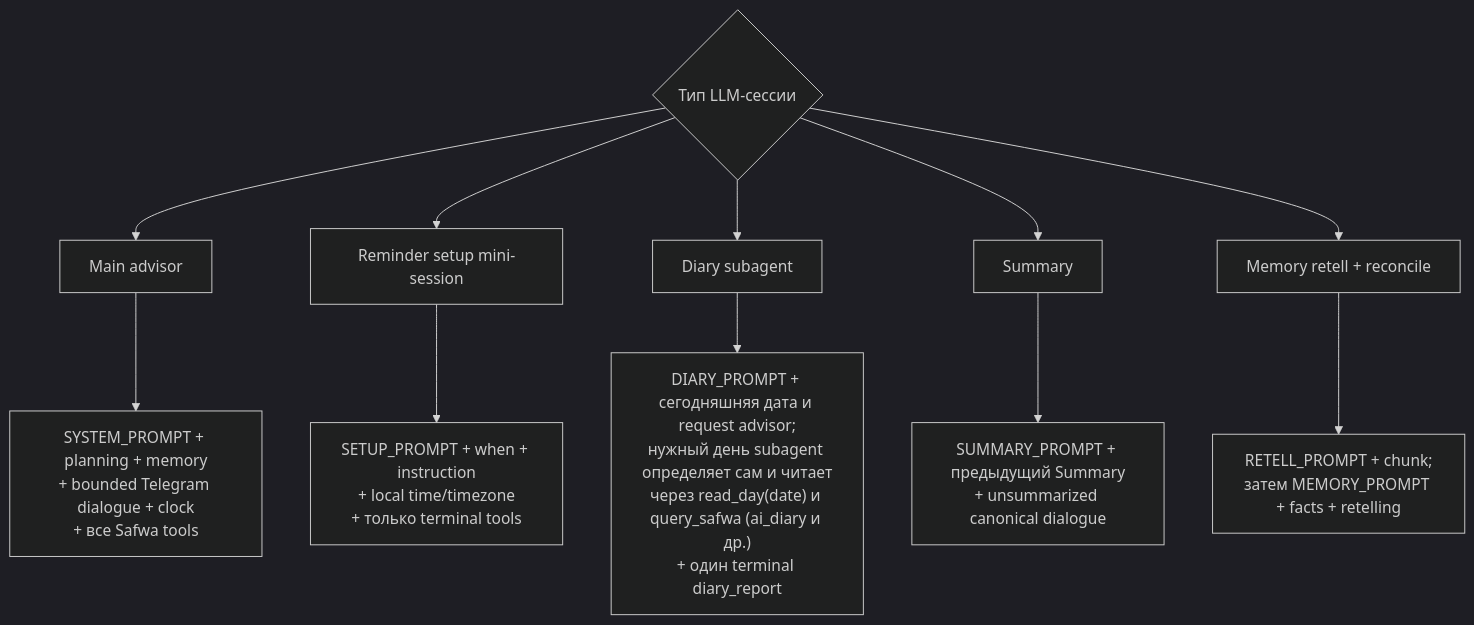
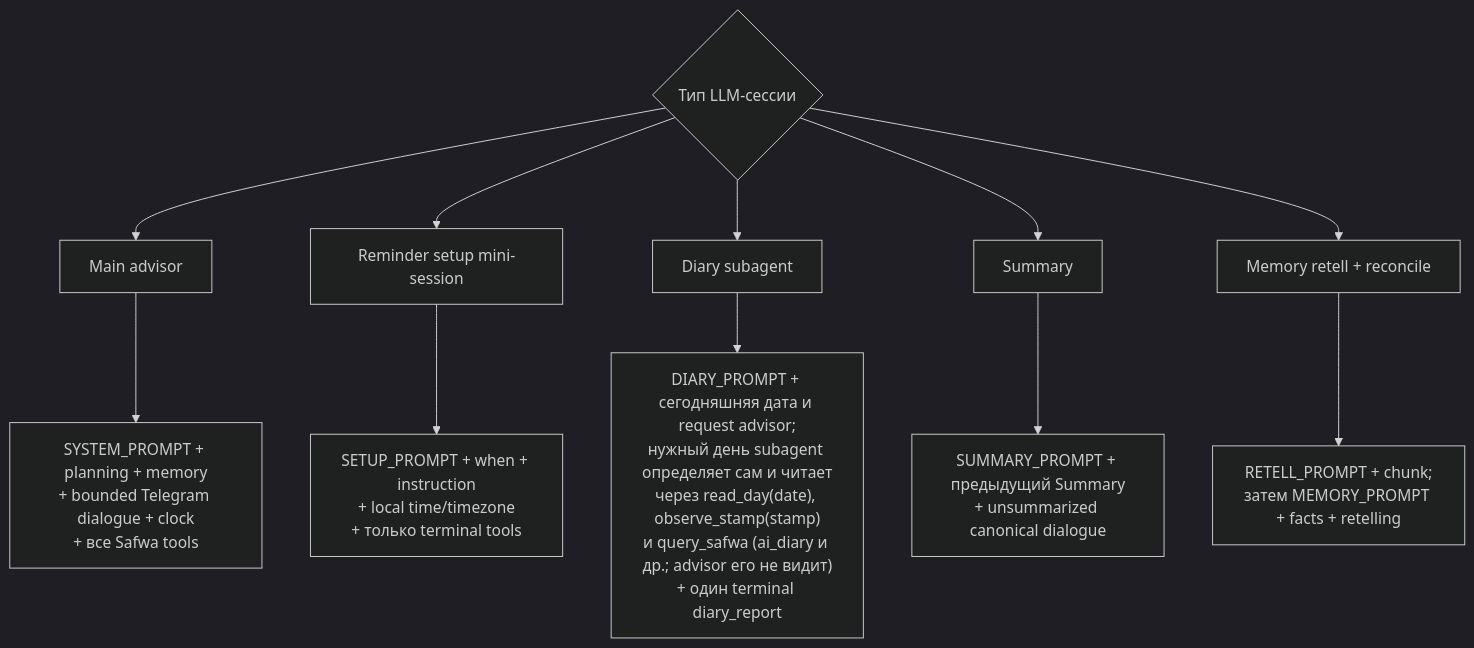
Before and after one commit to myvaheed/tg-ai-safwa: the second of 2 diagrams in docs/diagrams/03-session-contexts.md, drawn with Mermaid (dark theme). The commit also changed 24 other files, not shown here.

````diff
--- a/docs/diagrams/03-session-contexts.md
+++ b/docs/diagrams/03-session-contexts.md
@@ -31,15 +31,15 @@
 ```mermaid
 flowchart TD
     E{"Тип LLM-сессии"}
     E --> MAIN["Main advisor"]
     E --> SETUP["Reminder setup mini-session"]
     E --> SUB["Diary subagent"]
     E --> SUM["Summary"]
     E --> RETELL["Memory retell + reconcile"]
 
     MAIN --> MC["SYSTEM_PROMPT + planning + memory<br/>+ bounded Telegram dialogue + clock<br/>+ все Safwa tools"]
     SETUP --> SC["SETUP_PROMPT + when + instruction<br/>+ local time/timezone<br/>+ только terminal tools"]
-    SUB --> SBC["DIARY_PROMPT + сегодняшняя дата и request advisor;<br/>нужный день subagent определяет сам и читает<br/>через read_day(date) и query_safwa (ai_diary и др.)<br/>+ один terminal diary_report"]
+    SUB --> SBC["DIARY_PROMPT + сегодняшняя дата и request advisor;<br/>нужный день subagent определяет сам и читает<br/>через read_day(date), observe_stamp(stamp)<br/>и query_safwa (ai_diary и др.; advisor его не видит)<br/>+ один terminal diary_report"]
     SUM --> SUC["SUMMARY_PROMPT + предыдущий Summary<br/>+ unsummarized canonical dialogue"]
     RETELL --> MEC["RETELL_PROMPT + chunk;<br/>затем MEMORY_PROMPT + facts + retelling"]
 ```
````
